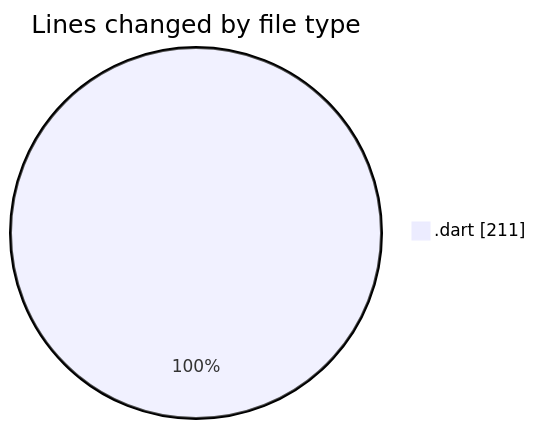
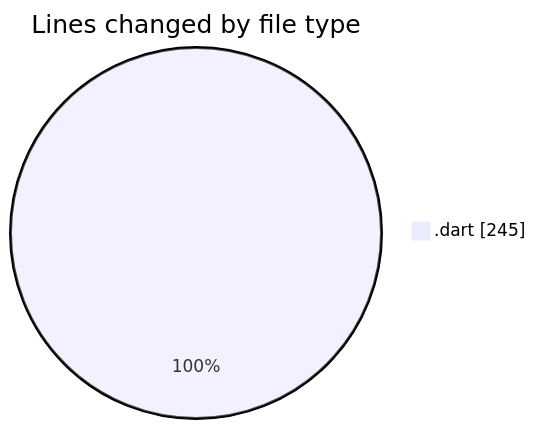
Before and after one commit to donsfak/code-tracking: the first of 2 diagrams in 2025-02-26/drivers_app/README.md, drawn with Mermaid. The commit also changed other lines of this file and 1 other file, not shown here.

````diff
--- a/2025-02-26/drivers_app/README.md
+++ b/2025-02-26/drivers_app/README.md
@@ -25,5 +25,5 @@
 ```mermaid
 pie showData
 title Lines changed by file type
-".dart" : 211
+".dart" : 245
 ```
````
